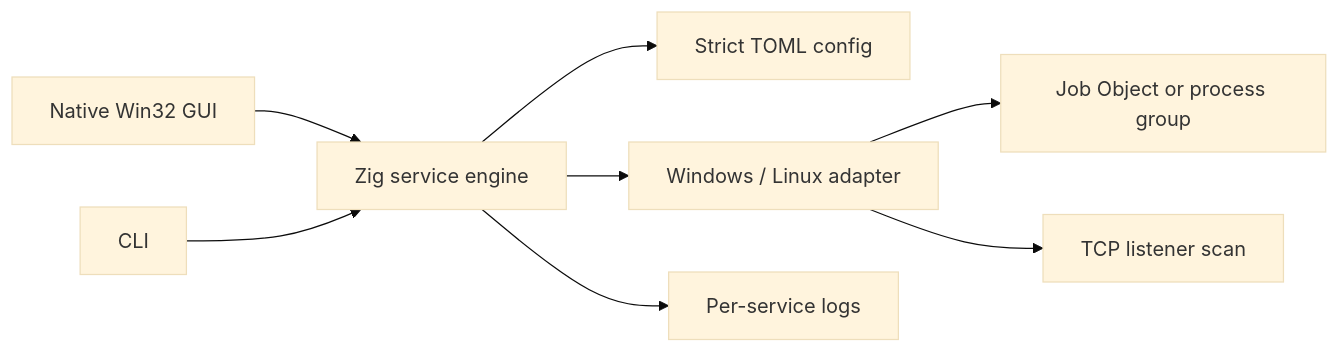
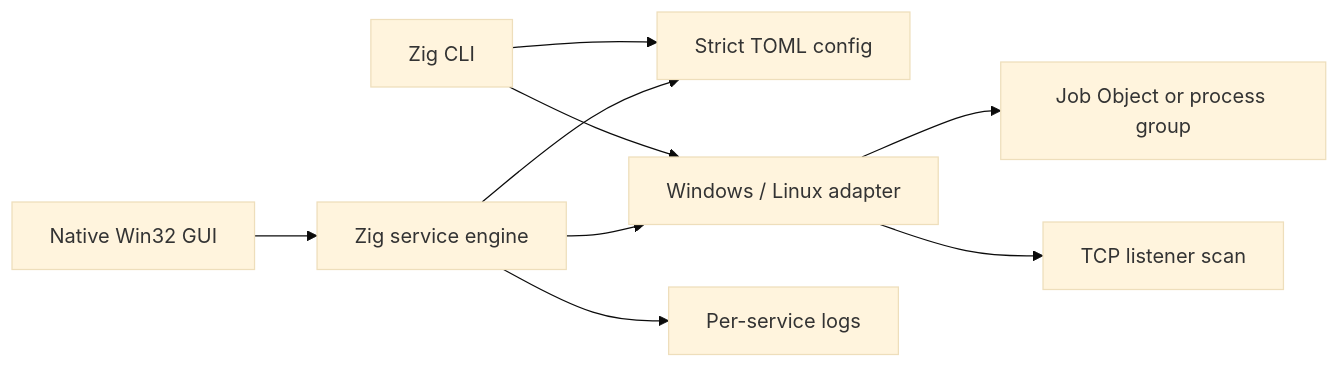
Before and after one commit to rezz990/Portman: the diagram in README.md, drawn with Mermaid (base theme). The commit also changed other lines of this file and 28 other files, not shown here.

````diff
--- a/README.md
+++ b/README.md
@@ -177,10 +185,11 @@
 ```mermaid
 flowchart LR
     GUI[Native Win32 GUI] --> ENGINE[Zig service engine]
-    CLI[CLI] --> ENGINE
+    CLI[Zig CLI] --> CONFIG
+    CLI --> PLATFORM
     ENGINE --> CONFIG[Strict TOML config]
     ENGINE --> PLATFORM[Windows / Linux adapter]
     PLATFORM --> PROCESS[Job Object or process group]
     PLATFORM --> PORTS[TCP listener scan]
     ENGINE --> LOGS[Per-service logs]
 ```
````
